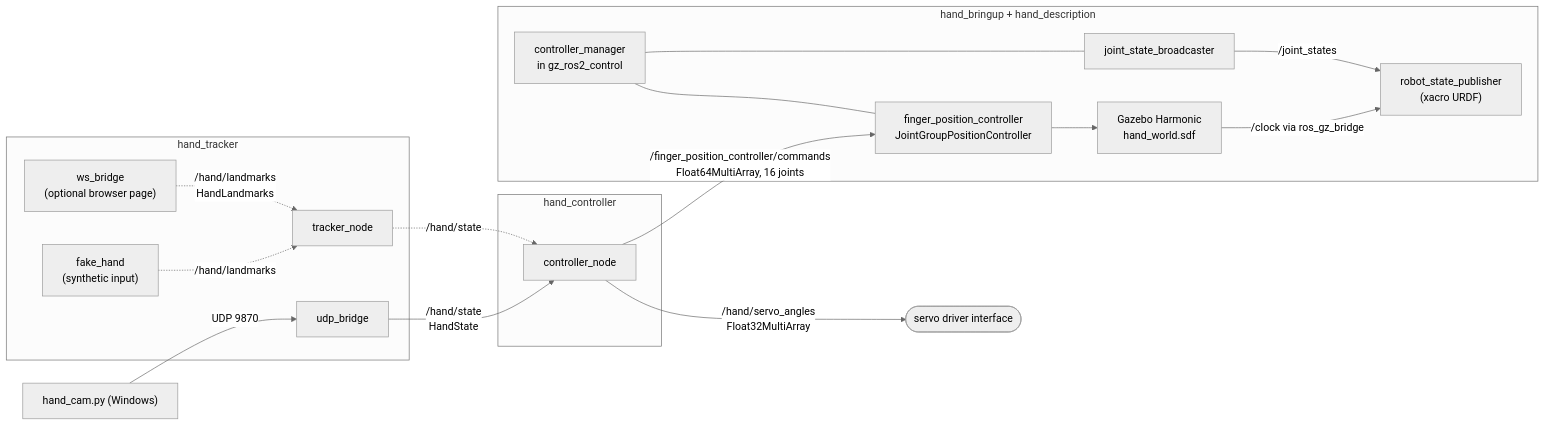
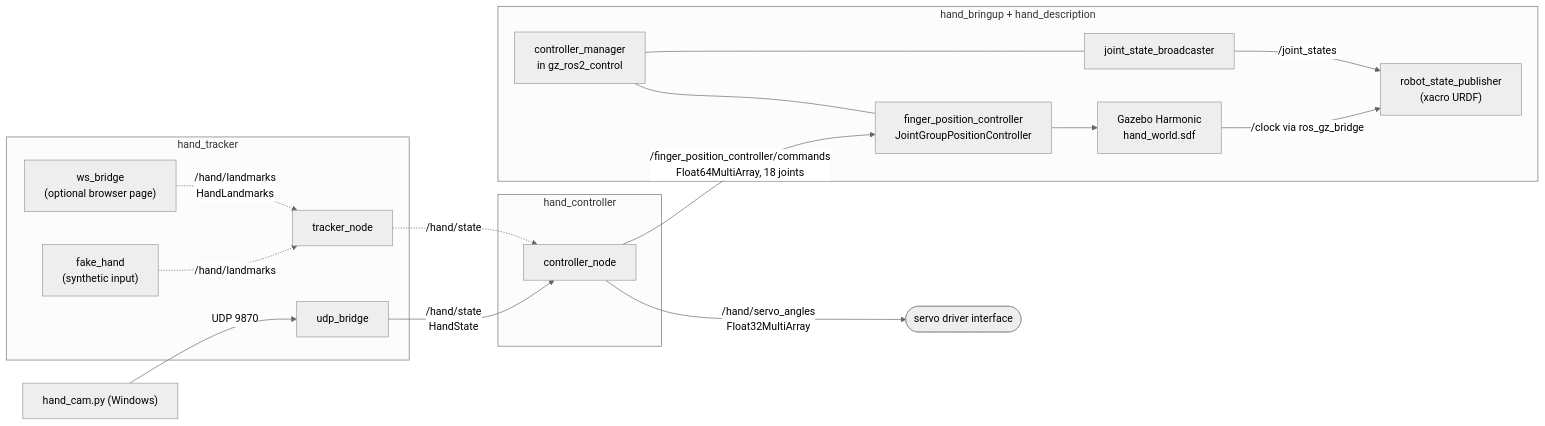
Before and after one commit to mrsssok2/robotic_prosthetic_hand: the second of 3 diagrams in README.md, drawn with Mermaid (neutral theme). The commit also changed other lines of this file and 47 other files, not shown here.

````diff
--- a/README.md
+++ b/README.md
@@ -81,31 +84,31 @@
 ```mermaid
 flowchart LR
   subgraph hand_tracker
     udp["udp_bridge"]
     ws["ws_bridge<br/>(optional browser page)"]
     fake["fake_hand<br/>(synthetic input)"]
     trk["tracker_node"]
   end
   subgraph hand_controller
     ctrl["controller_node"]
   end
   subgraph hand_bringup["hand_bringup + hand_description"]
     rsp["robot_state_publisher<br/>(xacro URDF)"]
     cm["controller_manager<br/>in gz_ros2_control"]
     jsb["joint_state_broadcaster"]
     fpc["finger_position_controller<br/>JointGroupPositionController"]
     gzs["Gazebo Harmonic<br/>hand_world.sdf"]
   end
   win["hand_cam.py (Windows)"] -- "UDP 9870" --> udp
   ws -. "/hand/landmarks<br/>HandLandmarks" .-> trk
   fake -. "/hand/landmarks" .-> trk
   udp -- "/hand/state<br/>HandState" --> ctrl
   trk -. "/hand/state" .-> ctrl
   ctrl -- "/hand/servo_angles<br/>Float32MultiArray" --> out1(["servo driver interface"])
-  ctrl -- "/finger_position_controller/commands<br/>Float64MultiArray, 16 joints" --> fpc
+  ctrl -- "/finger_position_controller/commands<br/>Float64MultiArray, 18 joints" --> fpc
   cm --- fpc
   cm --- jsb
   fpc --> gzs
   jsb -- "/joint_states" --> rsp
   gzs -- "/clock via ros_gz_bridge" --> rsp
 ```
````
